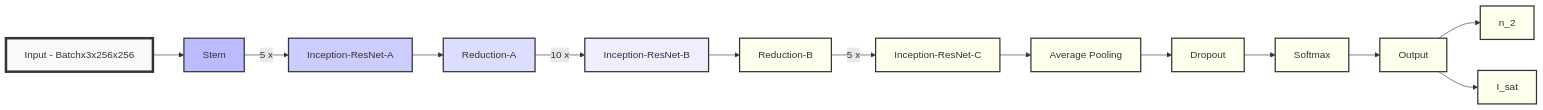
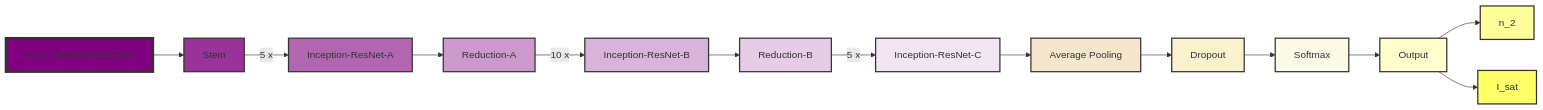
The first of 3 diagrams in README.md (Quantum-Optics-LKB/xp2nlse-ml), drawn with Mermaid before and after one commit.

Commit message:
new colors

````diff
--- a/README.md
+++ b/README.md
@@ -45,29 +45,29 @@
 ```mermaid
 graph LR
     A[Input - Batchx3x256x256] --> B[Stem]
     B -->|5 x| C[Inception-ResNet-A]
     C --> D[Reduction-A]
     D -->|10 x| E[Inception-ResNet-B]
     E --> F[Reduction-B]
     F -->|5 x| G[Inception-ResNet-C]
     G --> H[Average Pooling]
     H --> I[Dropout]
     I --> J[Softmax]
     J --> K[Output]
     K --> L[n_2]
     K --> M[I_sat]
 
-    style A fill:#f9f9f9,stroke:#333,stroke-width:4px
-    style B fill:#bbbbff,stroke:#333,stroke-width:2px
-    style C fill:#ccccff,stroke:#333,stroke-width:2px
-    style D fill:#ddddff,stroke:#333,stroke-width:2px
-    style E fill:#eeeeff,stroke:#333,stroke-width:2px
-    style F fill:#ffffee,stroke:#333,stroke-width:2px
-    style G fill:#ffffee,stroke:#333,stroke-width:2px
-    style H fill:#ffffee,stroke:#333,stroke-width:2px
-    style I fill:#ffffee,stroke:#333,stroke-width:2px
-    style J fill:#ffffee,stroke:#333,stroke-width:2px
-    style K fill:#ffffee,stroke:#333,stroke-width:2px
-    style L fill:#ffffee,stroke:#333,stroke-width:2px
-    style M fill:#ffffee,stroke:#333,stroke-width:2px
+    style A fill:#800080,stroke:#333,stroke-width:4px
+    style B fill:#993399,stroke:#333,stroke-width:2px
+    style C fill:#b266b2,stroke:#333,stroke-width:2px
+    style D fill:#cc99cc,stroke:#333,stroke-width:2px
+    style E fill:#d9b3d9,stroke:#333,stroke-width:2px
+    style F fill:#e6cce6,stroke:#333,stroke-width:2px
+    style G fill:#f2e5f2,stroke:#333,stroke-width:2px
+    style H fill:#f5e6cc,stroke:#333,stroke-width:2px
+    style I fill:#f9f2cc,stroke:#333,stroke-width:2px
+    style J fill:#fcf9e6,stroke:#333,stroke-width:2px
+    style K fill:#ffffcc,stroke:#333,stroke-width:2px
+    style L fill:#ffff99,stroke:#333,stroke-width:2px
+    style M fill:#ffff66,stroke:#333,stroke-width:2px
 ```
````
